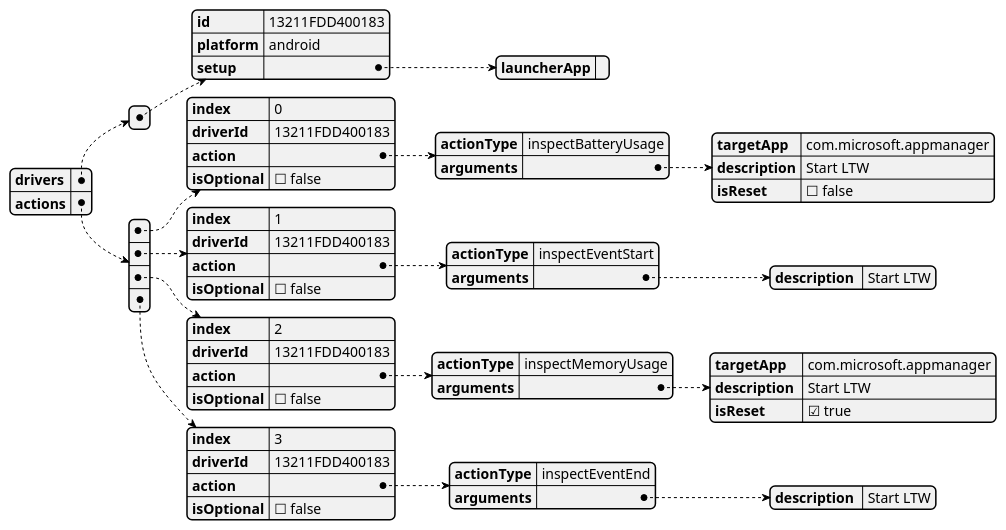
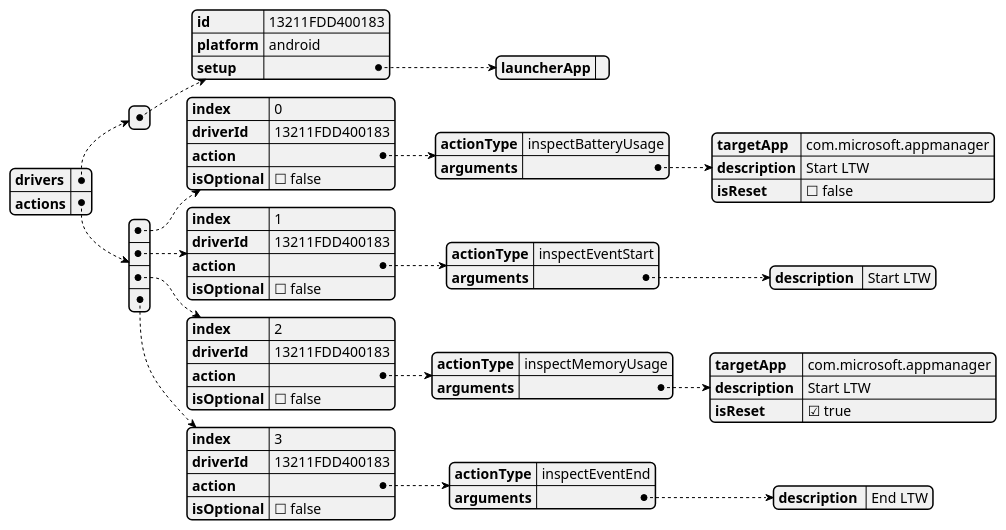
One commit to microsoft/HydraLab changed the second of 5 diagrams in agent/doc/UML/performance_test_design.puml. Above: the diagram before and after it, drawn with PlantUML.

```diff
--- a/agent/doc/UML/performance_test_design.puml
+++ b/agent/doc/UML/performance_test_design.puml
@@ -19,66 +19,66 @@
 @startjson taps_to_cases_json_with_performance_test_actions
 {
   "drivers": [
     {
       "id": "13211FDD400183",
       "platform": "android",
 '      Deprecated Name : init
       "setup": {
         "launcherApp": ""
       }
 '      Can also add tearDown here to match the device action design
     }
   ],
 '  deprecated name: cases
   "actions": [
     {
       "index": 0,
       "driverId": "13211FDD400183",
       "action": {
         "actionType": "inspectBatteryUsage",
         "arguments": {
           "targetApp": "com.microsoft.appmanager",
           "description": "Start LTW",
           "isReset": false
         }
       },
       "isOptional": false
     },
     {
       "index": 1,
       "driverId": "13211FDD400183",
       "action": {
         "actionType": "inspectEventStart",
         "arguments": {
           "description ": "Start LTW"
         }
       },
       "isOptional": false
     },
     {
       "index": 2,
       "driverId": "13211FDD400183",
       "action": {
         "actionType": "inspectMemoryUsage",
         "arguments": {
           "targetApp ": "com.microsoft.appmanager",
           "description ": "Start LTW",
           "isReset": true
         }
       },
       "isOptional": false
     },
     {
       "index": 3,
       "driverId": "13211FDD400183",
       "action": {
         "actionType": "inspectEventEnd",
         "arguments": {
-          "description ": "Start LTW"
+          "description ": "End LTW"
         }
       },
       "isOptional": false
     }
   ]
 }
 @endjson
```
